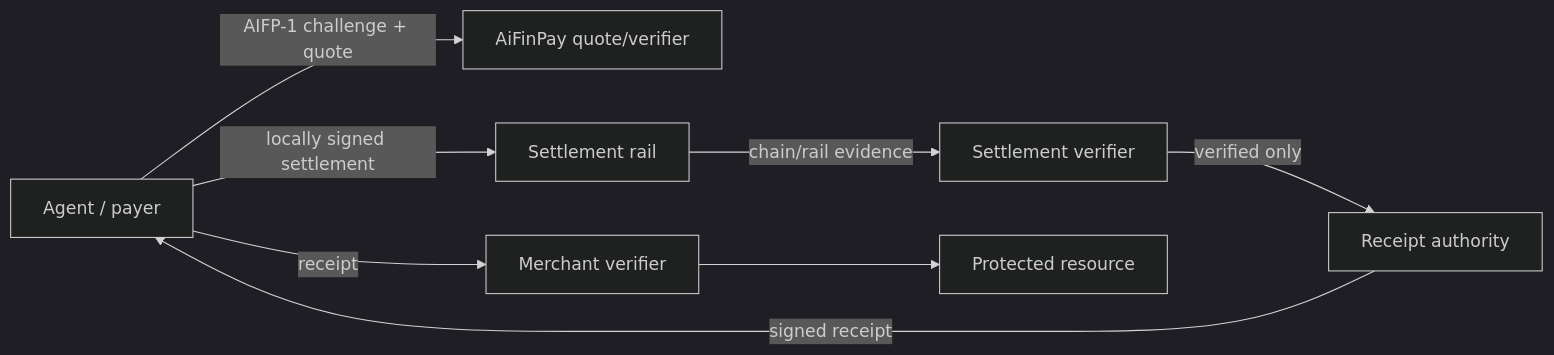
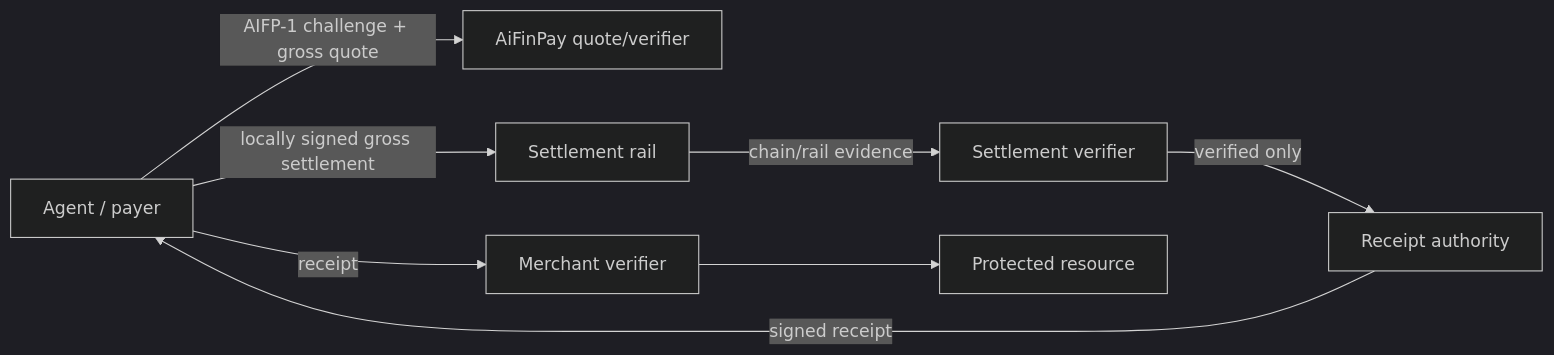
The diagram in docs/aifp/04-Security-and-Cryptography-Specification.md (AiFinPay/AIFP-1), drawn with Mermaid (dark theme) before and after one commit. The commit also changed other lines of this file and 34 other files, not shown here.

First line of the commit message:
AIFP-1: make gross-inclusive 99/1 economics normative

````diff
--- a/docs/aifp/04-Security-and-Cryptography-Specification.md
+++ b/docs/aifp/04-Security-and-Cryptography-Specification.md
@@ -27,10 +28,10 @@
 ```mermaid
 flowchart LR
-    Agent[Agent / payer] -->|AIFP-1 challenge + quote| Control[AiFinPay quote/verifier]
-    Agent -->|locally signed settlement| Rail[Settlement rail]
+    Agent[Agent / payer] -->|AIFP-1 challenge + gross quote| Control[AiFinPay quote/verifier]
+    Agent -->|locally signed gross settlement| Rail[Settlement rail]
     Rail -->|chain/rail evidence| Verifier[Settlement verifier]
     Verifier -->|verified only| Receipt[Receipt authority]
     Receipt -->|signed receipt| Agent
     Agent -->|receipt| Merchant[Merchant verifier]
     Merchant --> Resource[Protected resource]
 ```
````
